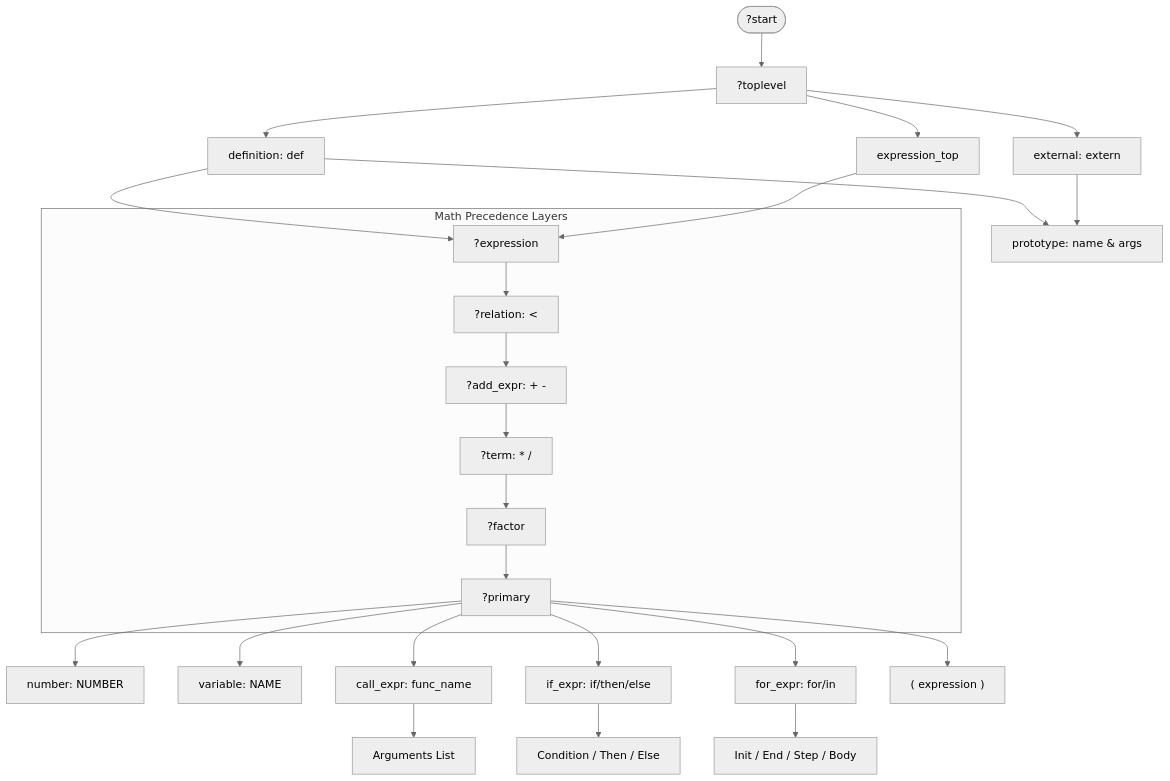
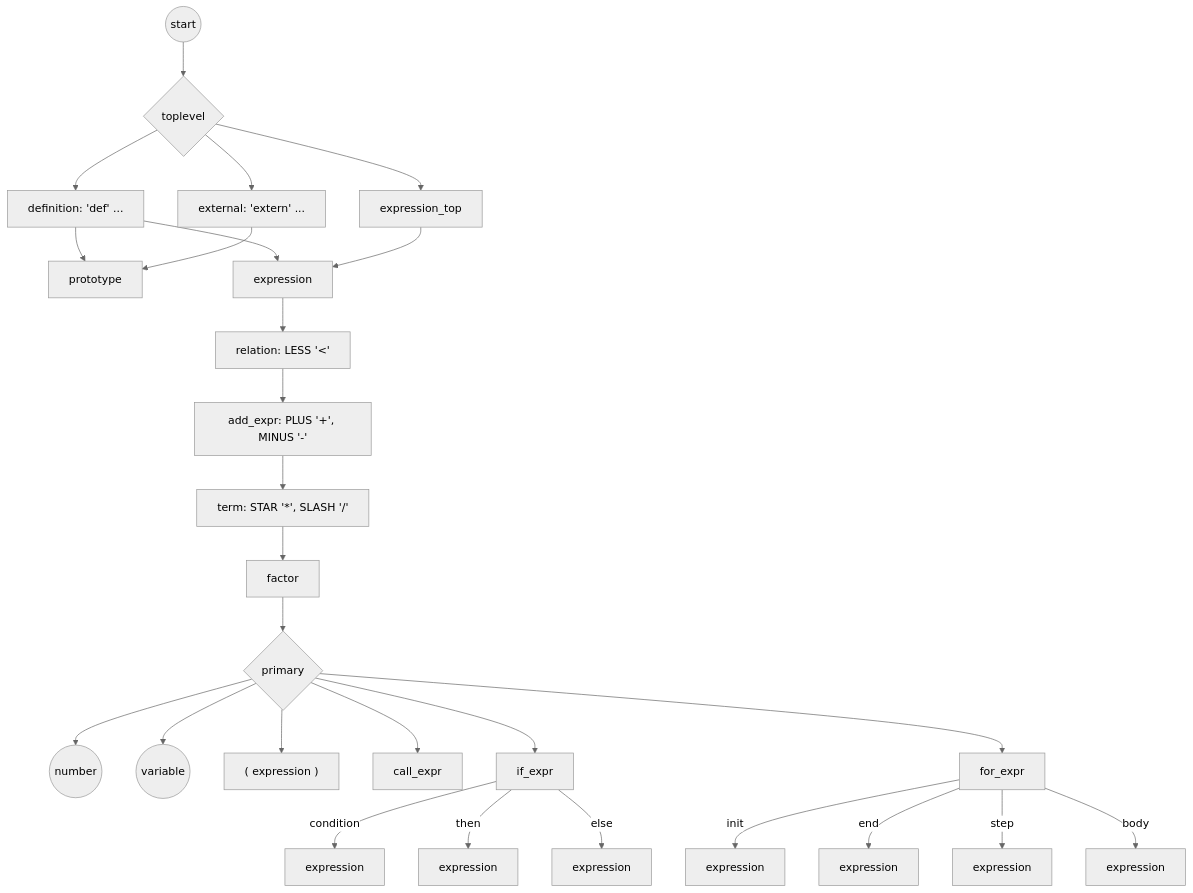
One commit to AlfredoJSpera/pike-lang changed the diagram in graphs/grammar.mmd. Above: the diagram before and after it, drawn with Mermaid (neutral theme). The commit also changed 5 other files, not shown here.

```diff
--- a/graphs/grammar.mmd
+++ b/graphs/grammar.mmd
@@ -1,34 +1,37 @@
 graph TD
-    Start([?start]) --> Top[?toplevel]
-    
-    %% High Level Structures
-    Top --> Def[definition: def]
-    Top --> Ext[external: extern]
-    Top --> ExprTop[expression_top]
-    
-    Def --> Proto[prototype: name & args]
+    %% Program Structure
+    Start((start)) --> TopLevel{toplevel}
+    TopLevel --> Def[definition: 'def' ...]
+    TopLevel --> Ext[external: 'extern' ...]
+    TopLevel --> ExpTop[expression_top]
+
+    %% Definitions
+    Def --> Proto[prototype]
+    Def --> Exp1[expression]
     Ext --> Proto
-    Def --> Expr[?expression]
-    ExprTop --> Expr
 
-    %% Math Precedence Layers
-    subgraph Precedence_Hierarchy [Math Precedence Layers]
-        Expr --> Rel[?relation: <]
-        Rel --> Add[?add_expr: + -]
-        Add --> Term[?term: * /]
-        Term --> Factor[?factor]
-        Factor --> Primary[?primary]
-    end
+    %% The Precedence Ladder
+    ExpTop --> Exp1
+    Exp1 --> Rel[relation: LESS '<']
+    Rel --> Add[add_expr: PLUS '+', MINUS '-']
+    Add --> Term[term: STAR '*', SLASH '/']
+    Term --> Fact[factor]
+    Fact --> Primary{primary}
 
-    %% Specific Constructs
-    Primary --> Num[number: NUMBER]
-    Primary --> Var[variable: NAME]
-    Primary --> Call[call_expr: func_name]
-    Primary --> If[if_expr: if/then/else]
-    Primary --> For[for_expr: for/in]
-    Primary --> Nest["( expression )"]
+    %% Atoms / Base Cases
+    Primary --> Num((number))
+    Primary --> Var((variable))
+    Primary --> Parens["( expression )"]
+    Primary --> Call[call_expr]
+    Primary --> If[if_expr]
+    Primary --> For[for_expr]
 
-    %% Details
-    Call --> Args[Arguments List]
-    If --> Cond[Condition / Then / Else]
-    For --> Loop[Init / End / Step / Body]
+    %% Complex Constructs
+    If --> |condition| ExpIf1[expression]
+    If --> |then| ExpIf2[expression]
+    If --> |else| ExpIf3[expression]
+
+    For --> |init| ExpFor1[expression]
+    For --> |end| ExpFor2[expression]
+    For --> |step| ExpFor3[expression]
+    For --> |body| ExpFor4[expression]
```
